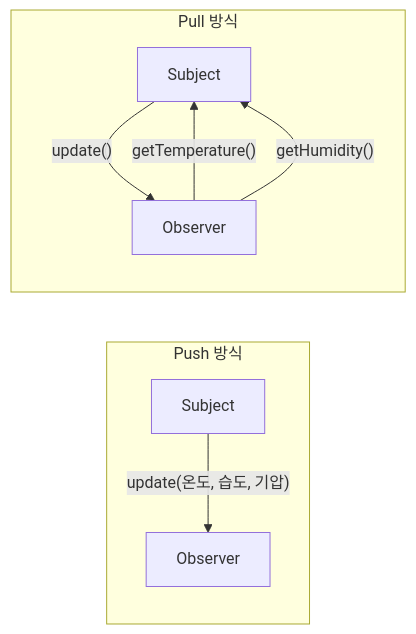
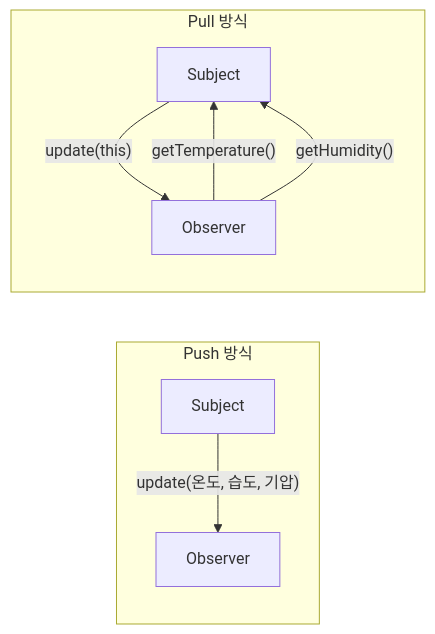
One commit to wisehero/Head-First-DesignPattern changed the sixth of 10 diagrams in src/Chapter_02/Observer.md. Above: the diagram before and after it, drawn with Mermaid. The commit also changed other lines of this file and 4 other files, not shown here.

````diff
--- a/src/Chapter_02/Observer.md
+++ b/src/Chapter_02/Observer.md
@@ -185,12 +185,12 @@
 ```mermaid
 flowchart LR
     subgraph Push["Push 방식"]
         S1[Subject] -->|" update(온도, 습도, 기압) "| O1[Observer]
     end
 
     subgraph Pull["Pull 방식"]
-        S2[Subject] -->|" update() "| O2[Observer]
+        S2[Subject] -->|" update(this) "| O2[Observer]
         O2 -->|" getTemperature() "| S2
         O2 -->|" getHumidity() "| S2
     end
 ```
````
